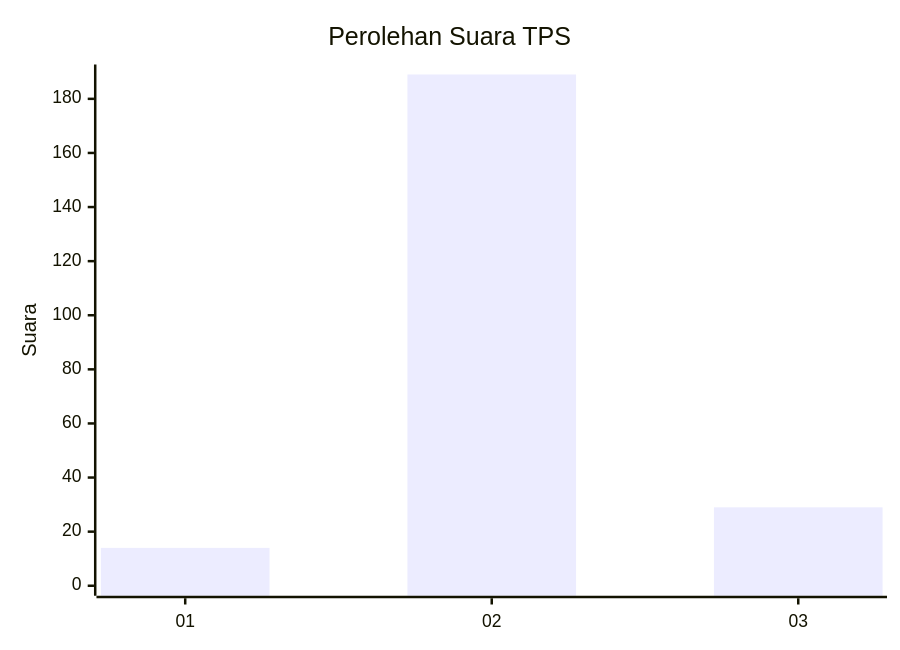
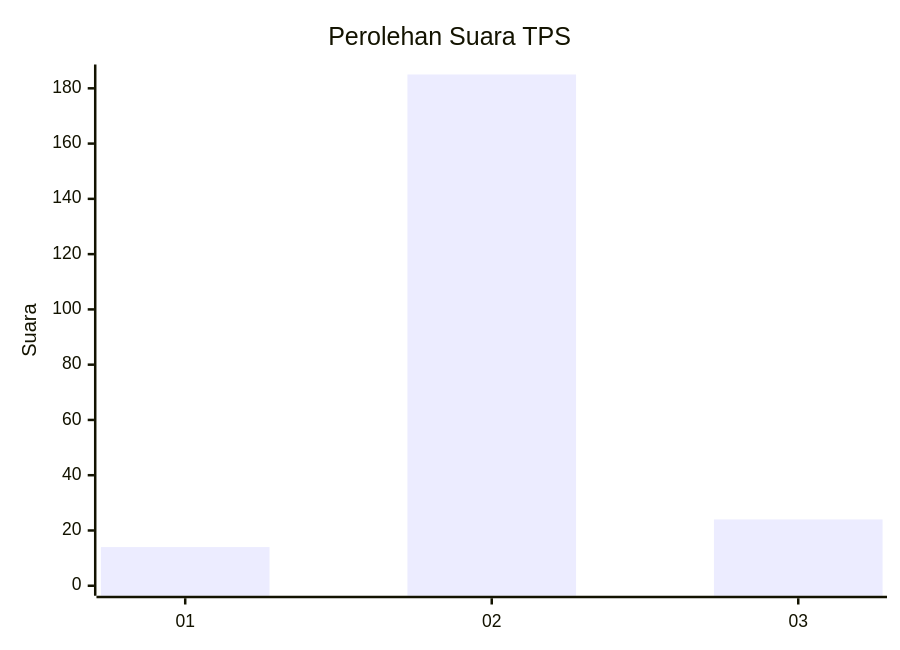
One commit to gigit-pemilu/pemilu-2024-52-nusa-tenggara-barat changed the first of 2 diagrams in pilpres/hitung-suara/sub/52-nusa-tenggara-barat/sub/01-lombok-barat/sub/15-kuripan/sub/2002-jagaraga/sub/020-tps/README.md. Above: the diagram before and after it, drawn with Mermaid. The commit also changed other lines of this file and 143 other files, not shown here.

````diff
--- a/pilpres/hitung-suara/sub/52-nusa-tenggara-barat/sub/01-lombok-barat/sub/15-kuripan/sub/2002-jagaraga/sub/020-tps/README.md
+++ b/pilpres/hitung-suara/sub/52-nusa-tenggara-barat/sub/01-lombok-barat/sub/15-kuripan/sub/2002-jagaraga/sub/020-tps/README.md
@@ -5,7 +5,7 @@
 ```mermaid
 xychart-beta
     title "Perolehan Suara TPS"
     x-axis [01, 02, 03]
-    y-axis "Suara" 0 --> 189
-    bar [14, 189, 29]
+    y-axis "Suara" 0 --> 185
+    bar [14, 185, 24]
 ```
````
